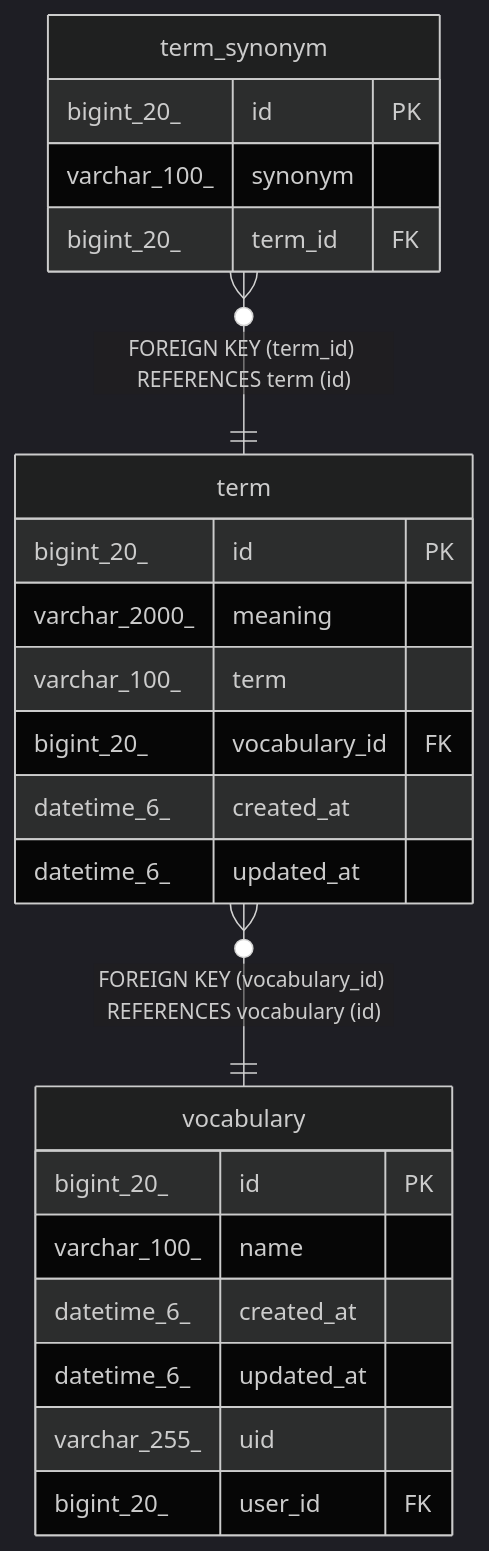
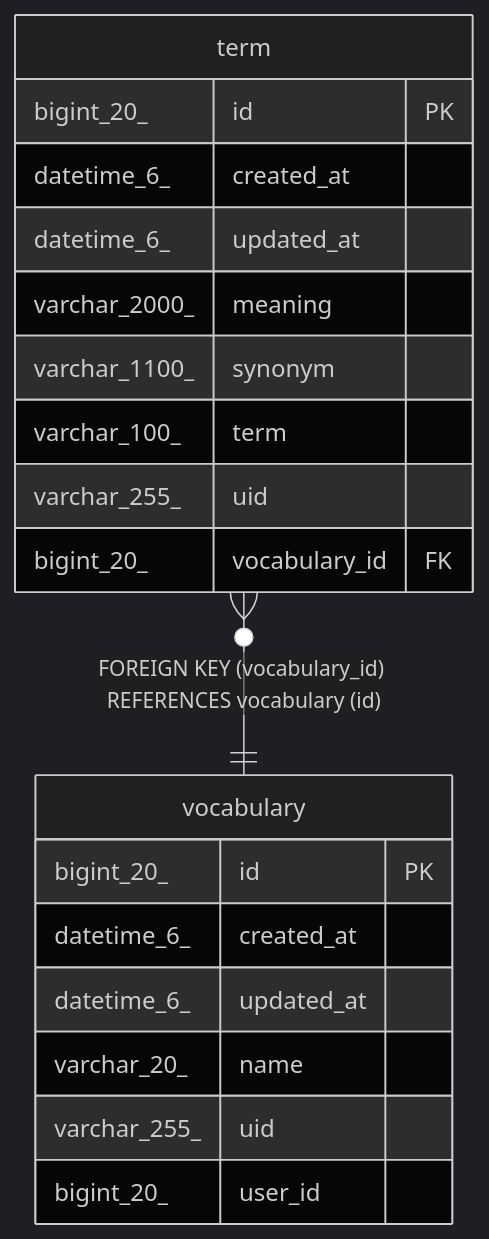
One commit to makevook/vook-server changed the diagram in docs/schema/term.md. Above: the diagram before and after it, drawn with Mermaid (dark theme). The commit also changed other lines of this file and 8 other files, not shown here.

Commit message:
docs: schema 업데이트

````diff
--- a/docs/schema/term.md
+++ b/docs/schema/term.md
@@ -51,28 +55,24 @@
 ```mermaid
 erDiagram
 
-"term_synonym" }o--|| "term" : "FOREIGN KEY (term_id) REFERENCES term (id)"
 "term" }o--|| "vocabulary" : "FOREIGN KEY (vocabulary_id) REFERENCES vocabulary (id)"
 
 "term" {
   bigint_20_ id PK
-  varchar_2000_ meaning
-  varchar_100_ term
-  bigint_20_ vocabulary_id FK
   datetime_6_ created_at
   datetime_6_ updated_at
-}
-"term_synonym" {
-  bigint_20_ id PK
-  varchar_100_ synonym
-  bigint_20_ term_id FK
+  varchar_2000_ meaning
+  varchar_1100_ synonym
+  varchar_100_ term
+  varchar_255_ uid
+  bigint_20_ vocabulary_id FK
 }
 "vocabulary" {
   bigint_20_ id PK
-  varchar_100_ name
   datetime_6_ created_at
   datetime_6_ updated_at
+  varchar_20_ name
   varchar_255_ uid
-  bigint_20_ user_id FK
+  bigint_20_ user_id
 }
 ```
````
